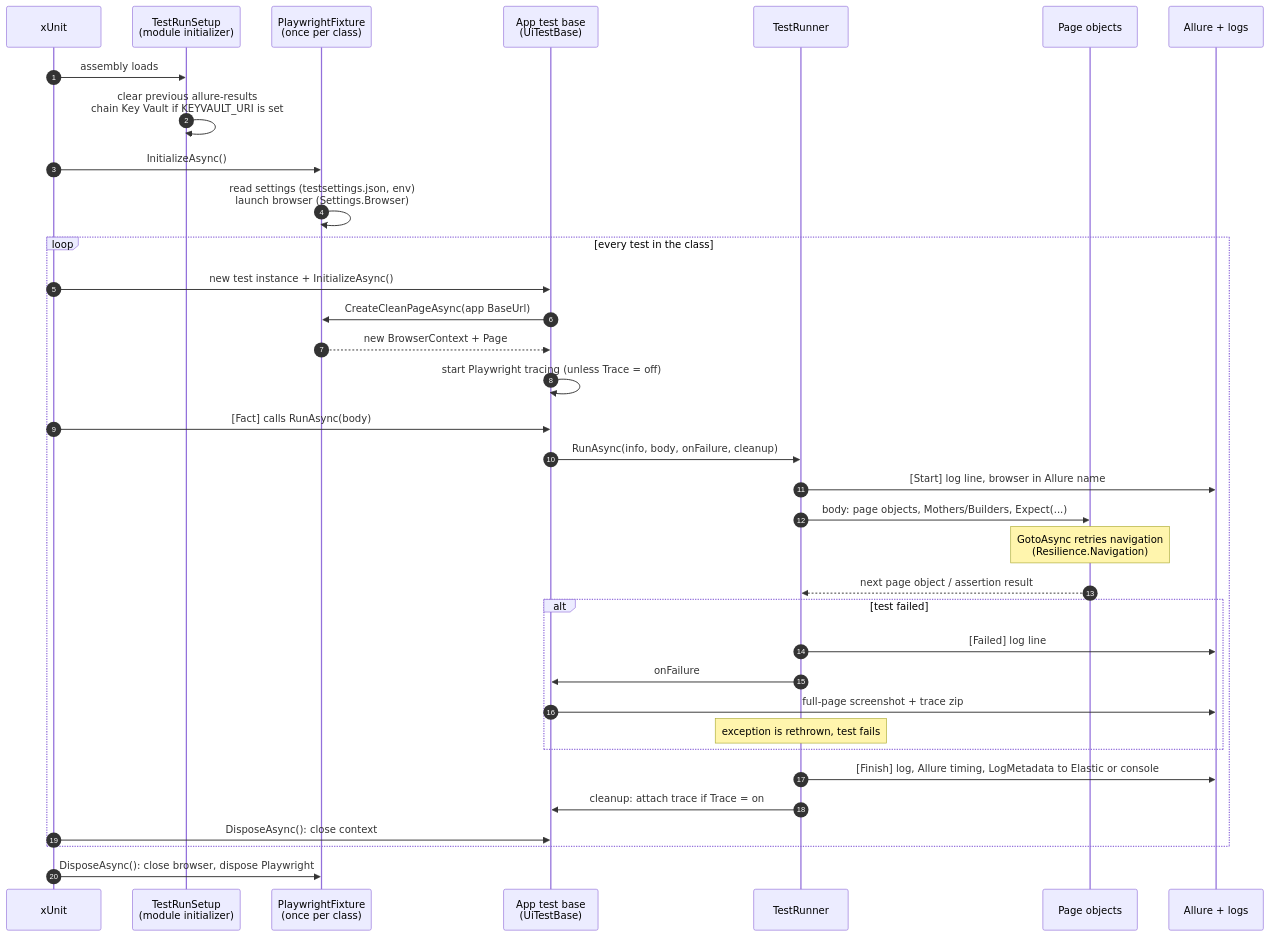
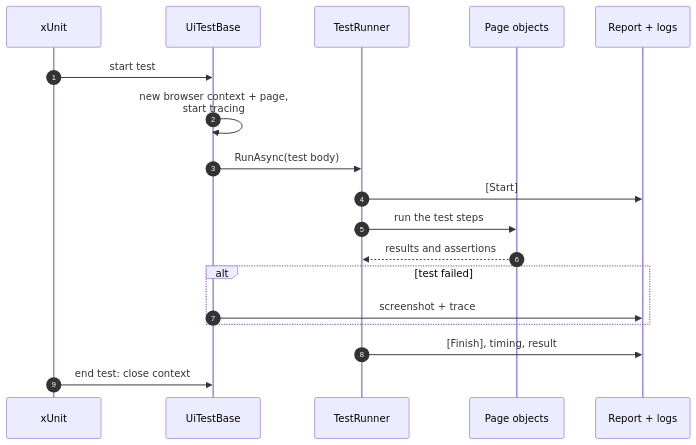
The second of 6 diagrams in docs/DIAGRAMS.md (ravs788/complete-test-automation-fmw), drawn with Mermaid before and after one commit. The commit also changed other lines of this file and 1 other file, not shown here.

First line of the commit message:
docs: simplify the Mermaid diagrams for readability

````diff
--- a/docs/DIAGRAMS.md
+++ b/docs/DIAGRAMS.md
@@ -67,40 +56,21 @@
 ```mermaid
 sequenceDiagram
     autonumber
     participant X as xUnit
-    participant M as TestRunSetup<br/>(module initializer)
-    participant F as PlaywrightFixture<br/>(once per class)
-    participant B as App test base<br/>(UiTestBase)
+    participant B as UiTestBase
     participant R as TestRunner
-    participant PG as Page objects
-    participant O as Allure + logs
+    participant P as Page objects
+    participant O as Report + logs
 
-    X->>M: assembly loads
-    M->>M: clear previous allure-results<br/>chain Key Vault if KEYVAULT_URI is set
-    X->>F: InitializeAsync()
-    F->>F: read settings (testsettings.json, env)<br/>launch browser (Settings.Browser)
-
-    loop every test in the class
-        X->>B: new test instance + InitializeAsync()
-        B->>F: CreateCleanPageAsync(app BaseUrl)
-        F-->>B: new BrowserContext + Page
-        B->>B: start Playwright tracing (unless Trace = off)
-        X->>B: [Fact] calls RunAsync(body)
-        B->>R: RunAsync(info, body, onFailure, cleanup)
-        R->>O: [Start] log line, browser in Allure name
-        R->>PG: body: page objects, Mothers/Builders, Expect(...)
-        Note over PG: GotoAsync retries navigation<br/>(Resilience.Navigation)
-        PG-->>R: next page object / assertion result
-        alt test failed
-            R->>O: [Failed] log line
-            R->>B: onFailure
-            B->>O: full-page screenshot + trace zip
-            Note over R: exception is rethrown, test fails
-        end
-        R->>O: [Finish] log, Allure timing, LogMetadata to Elastic or console
-        R->>B: cleanup: attach trace if Trace = on
-        X->>B: DisposeAsync(): close context
+    X->>B: start test
+    B->>B: new browser context + page,<br/>start tracing
+    B->>R: RunAsync(test body)
+    R->>O: [Start]
+    R->>P: run the test steps
+    P-->>R: results and assertions
+    alt test failed
+        B->>O: screenshot + trace
     end
-
-    X->>F: DisposeAsync(): close browser, dispose Playwright
+    R->>O: [Finish], timing, result
+    X->>B: end test: close context
 ```
````
